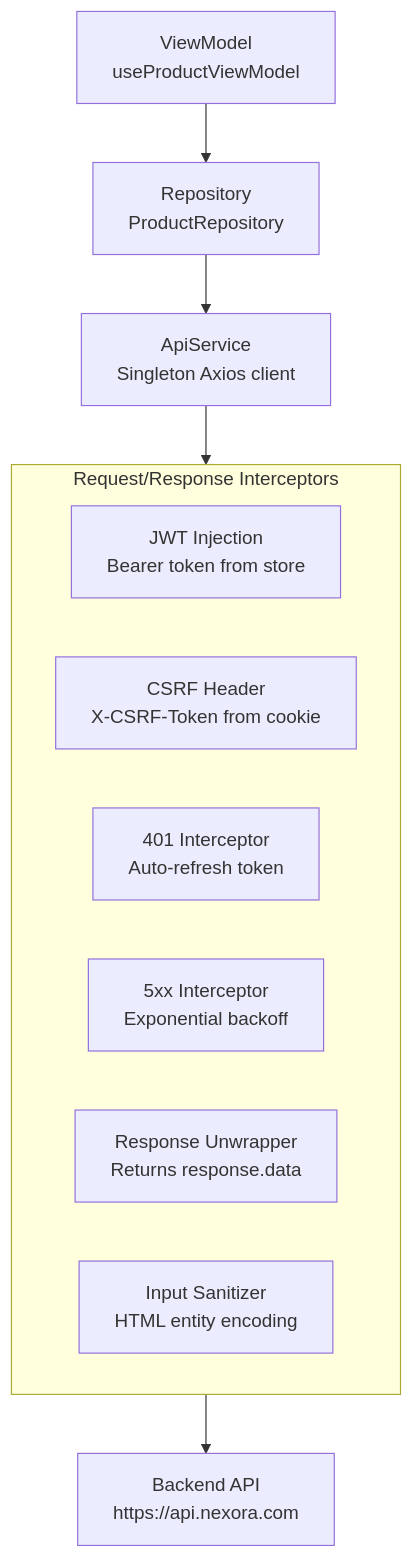
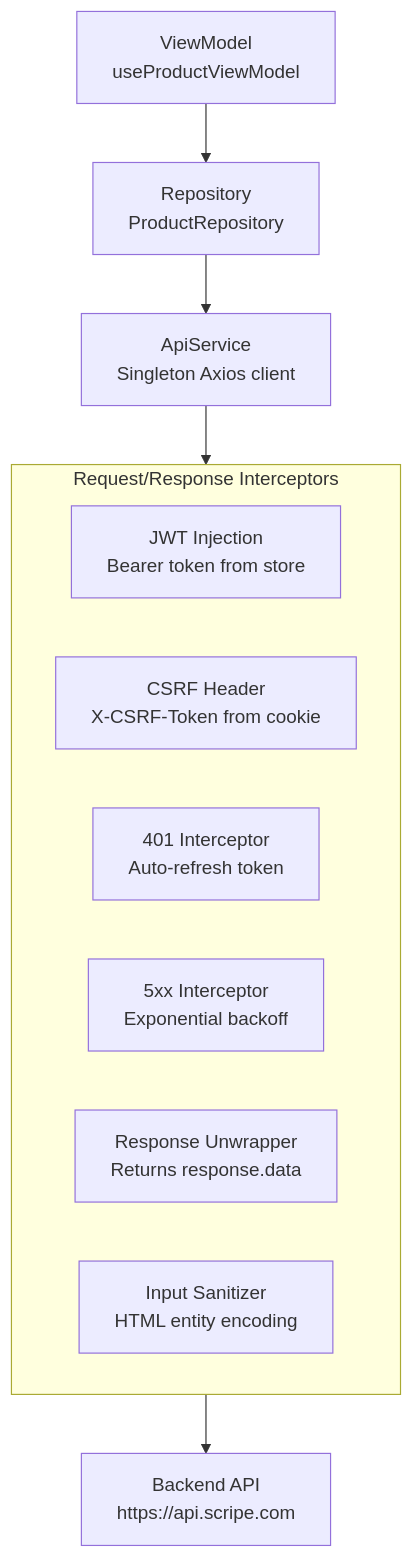
Before and after one commit to SCRIPE-org/SCRIPE-Frontend: the diagram in docs/tutorial/02-api-integration.md, drawn with Mermaid. The commit also changed 422 other files, not shown here.

````diff
--- a/docs/tutorial/02-api-integration.md
+++ b/docs/tutorial/02-api-integration.md
@@ -9,17 +9,17 @@
 ```mermaid
 graph TB
     VM[ViewModel<br/>useProductViewModel] --> REPO[Repository<br/>ProductRepository]
     REPO --> API[ApiService<br/>Singleton Axios client]
     API --> INT[Interceptors]
 
     subgraph INT[Request/Response Interceptors]
         JWT[JWT Injection<br/>Bearer token from store]
         CSRF[CSRF Header<br/>X-CSRF-Token from cookie]
         REFRESH[401 Interceptor<br/>Auto-refresh token]
         RETRY[5xx Interceptor<br/>Exponential backoff]
         UNWRAP[Response Unwrapper<br/>Returns response.data]
         SANITIZE[Input Sanitizer<br/>HTML entity encoding]
     end
 
-    INT --> BACKEND[Backend API<br/>https://api.nexora.com]
+    INT --> BACKEND[Backend API<br/>https://api.scripe.com]
 ```
````
